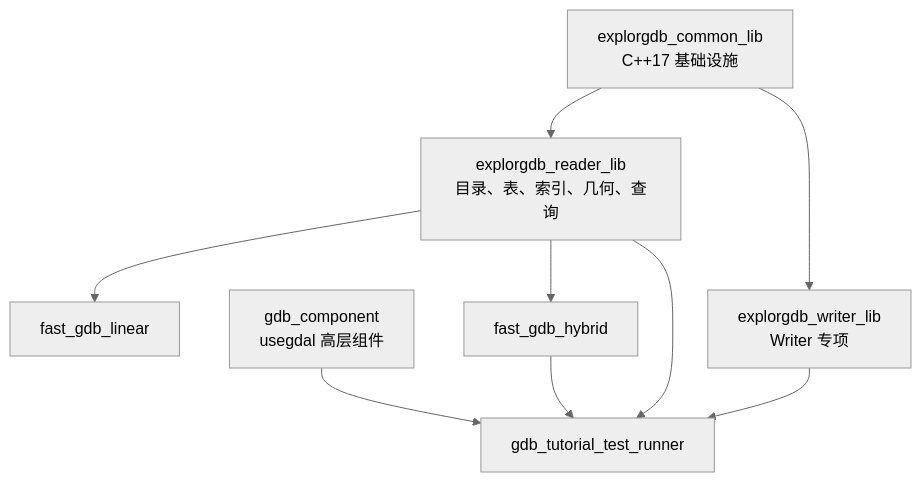
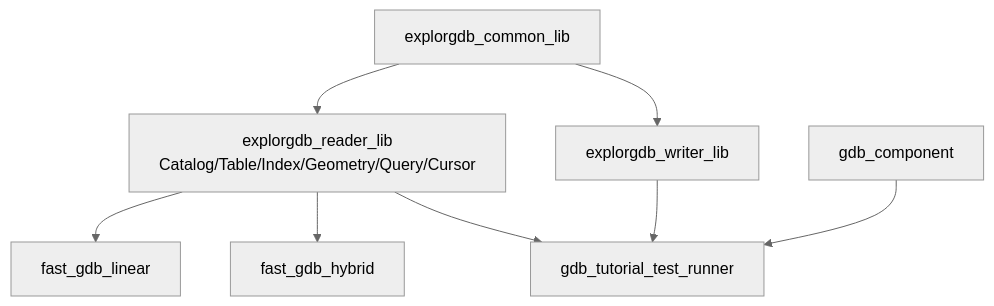
Before and after one commit to EdgarLQS/fast-gdb: the diagram in docs/overview/01_fast-gdb项目介绍与当前状态.md, drawn with Mermaid (neutral theme). The commit also changed other lines of this file, not shown here.

Commit message:
docs: include feature cursor in project overview

````diff
--- a/docs/overview/01_fast-gdb项目介绍与当前状态.md
+++ b/docs/overview/01_fast-gdb项目介绍与当前状态.md
@@ -43,19 +88,18 @@
 ```mermaid
 flowchart TB
-    Common["explorgdb_common_lib\nC++17 基础设施"]
-    Reader["explorgdb_reader_lib\n目录、表、索引、几何、查询"]
-    Writer["explorgdb_writer_lib\nWriter 专项"]
-    UseGdal["gdb_component\nusegdal 高层组件"]
+    Common["explorgdb_common_lib"]
+    Reader["explorgdb_reader_lib\nCatalog/Table/Index/Geometry/Query/Cursor"]
+    Writer["explorgdb_writer_lib"]
+    UseGdal["gdb_component"]
     Linear["fast_gdb_linear"]
     Hybrid["fast_gdb_hybrid"]
     Tests["gdb_tutorial_test_runner"]
 
     Common --> Reader
     Common --> Writer
     Reader --> Linear
     Reader --> Hybrid
     Reader --> Tests
     Writer --> Tests
     UseGdal --> Tests
-    Hybrid --> Tests
 ```
````
